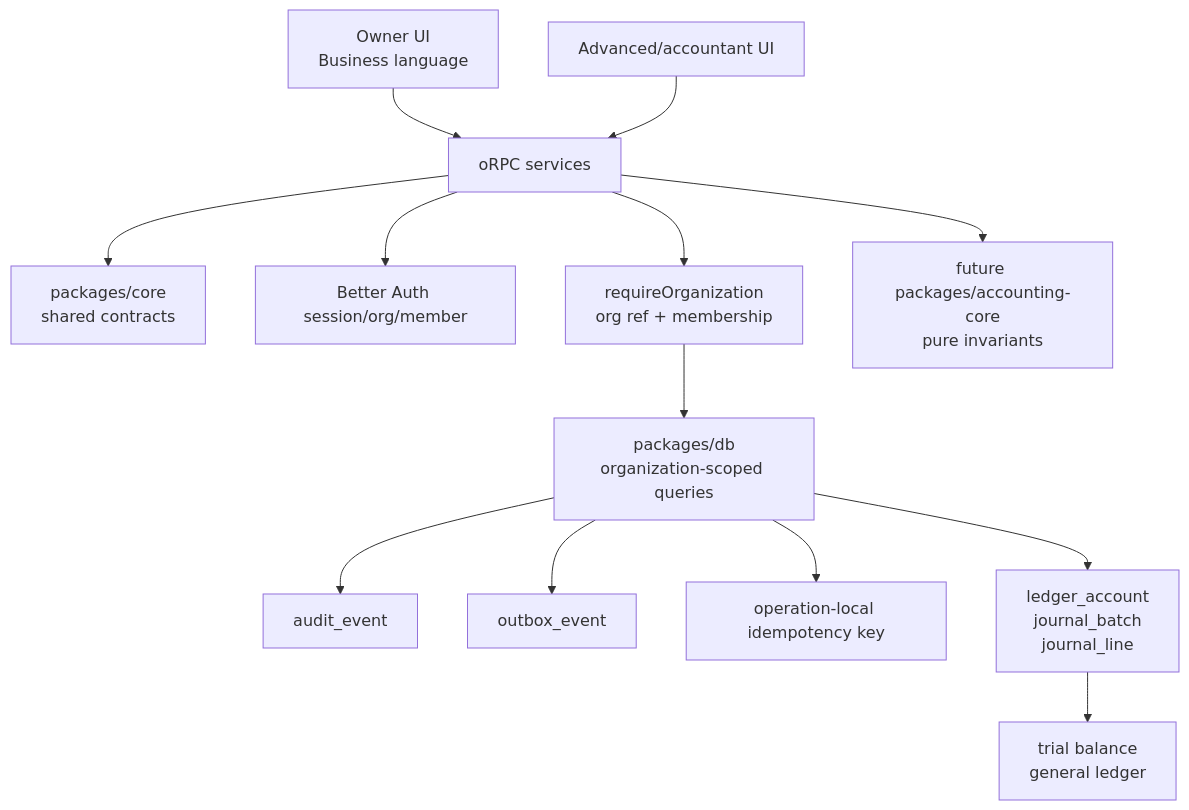
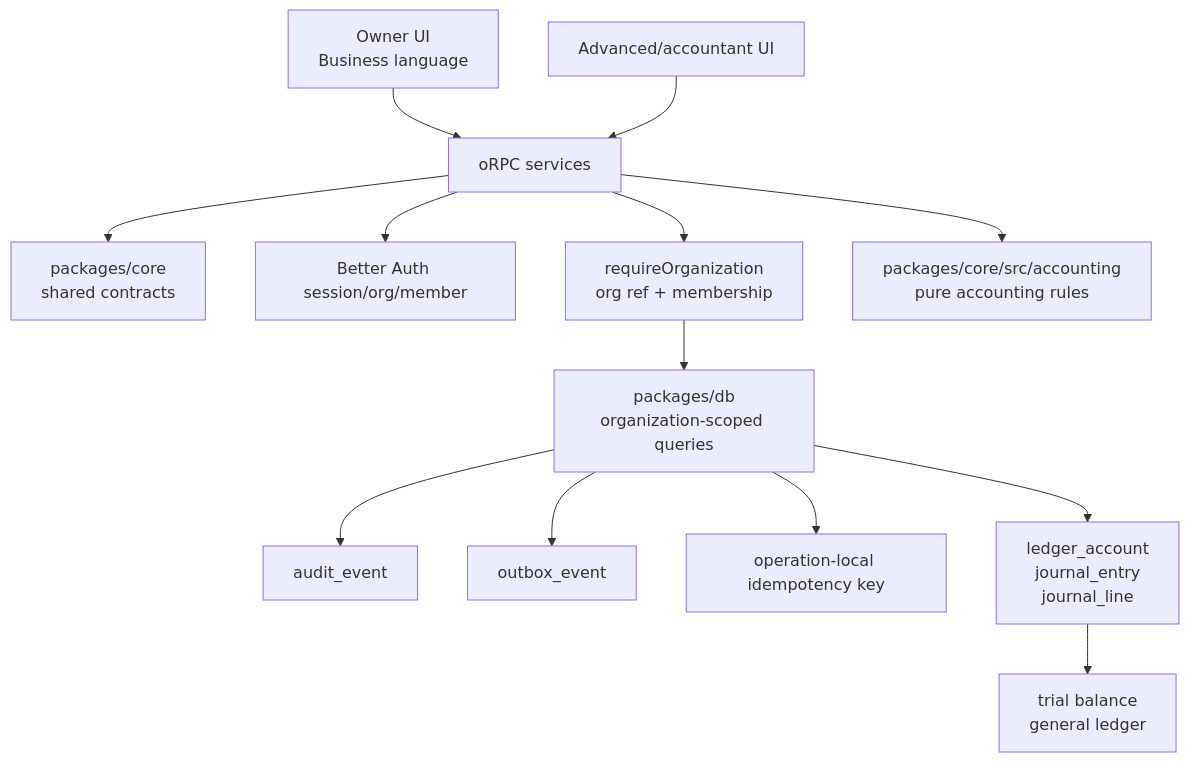
Before and after one commit to isherbuilds/edernal-books: the fifth of 6 diagrams in docs/architecture.md, drawn with Mermaid. The commit also changed other lines of this file and 110 other files, not shown here.

````diff
--- a/docs/architecture.md
+++ b/docs/architecture.md
@@ -216,15 +221,15 @@
 ```mermaid
 flowchart TD
   OwnerUI["Owner UI<br/>Business language"] --> API["oRPC services"]
   AccountantUI["Advanced/accountant UI"] --> API
   API --> Core["packages/core<br/>shared contracts"]
   API --> Auth["Better Auth session/org/member"]
   API --> OrgGuard["requireOrganization<br/>org ref + membership"]
   OrgGuard --> DBTX["packages/db<br/>organization-scoped queries"]
-  API --> AccountingCore["future packages/accounting-core<br/>pure invariants"]
+  API --> AccountingRules["packages/core/src/accounting<br/>pure accounting rules"]
   DBTX --> Audit["audit_event"]
   DBTX --> Outbox["outbox_event"]
   DBTX --> OperationKey["operation-local idempotency key"]
-  DBTX --> Ledger["ledger_account<br/>journal_batch<br/>journal_line"]
+  DBTX --> Ledger["ledger_account<br/>journal_entry<br/>journal_line"]
   Ledger --> Reports["trial balance<br/>general ledger"]
 ```
````
